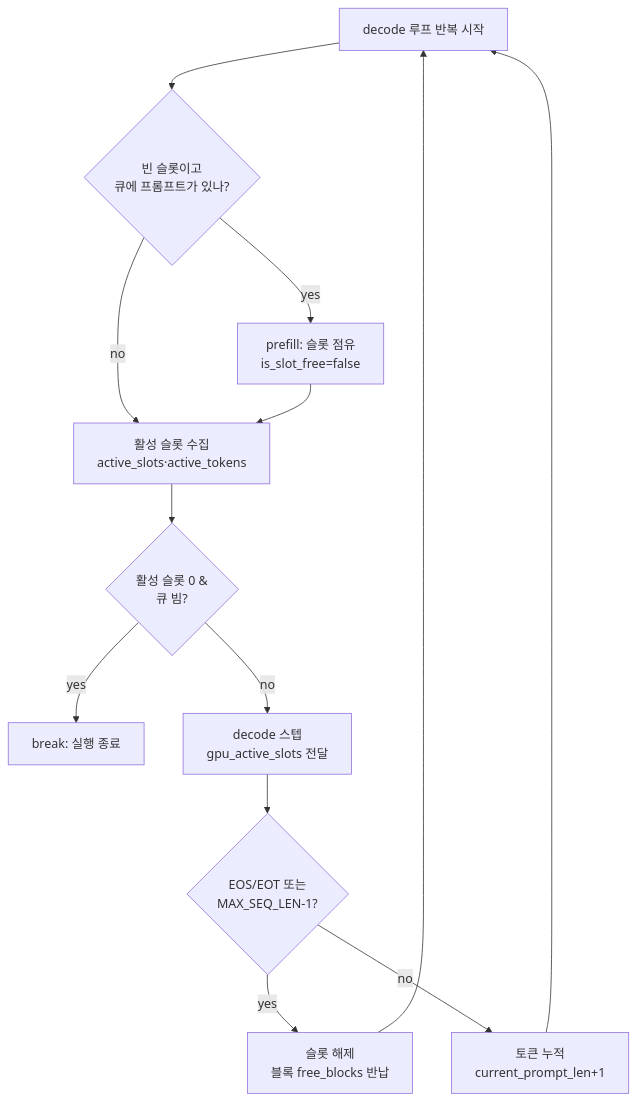
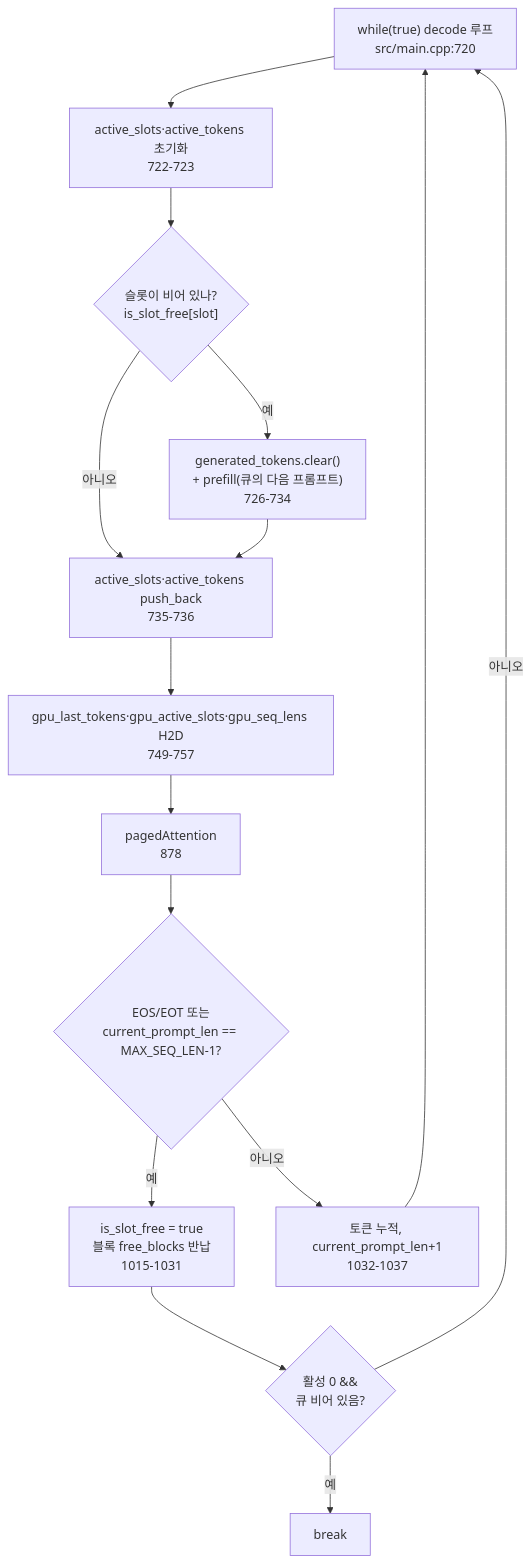
Before and after one commit to ryujaehun/ryujaehun.github.io: the diagram in data/code-series/jmaczan--tiny-vllm/articles/ko-07.md, drawn with Mermaid. The commit also changed other lines of this file and 13 other files, not shown here.

````diff
--- a/data/code-series/jmaczan--tiny-vllm/articles/ko-07.md
+++ b/data/code-series/jmaczan--tiny-vllm/articles/ko-07.md
@@ -213,15 +179,17 @@
 ```mermaid
 flowchart TD
-    A[decode 루프 반복 시작] --> B{빈 슬롯이고<br/>큐에 프롬프트가 있나?}
-    B -- yes --> C[prefill: 슬롯 점유<br/>is_slot_free=false]
-    B -- no --> D
-    C --> D[활성 슬롯 수집<br/>active_slots·active_tokens]
-    D --> E{활성 슬롯 0 &<br/>큐 빔?}
-    E -- yes --> F[break: 실행 종료]
-    E -- no --> G[decode 스텝<br/>gpu_active_slots 전달]
-    G --> H{EOS/EOT 또는<br/>MAX_SEQ_LEN-1?}
-    H -- yes --> I[슬롯 해제<br/>블록 free_blocks 반납]
-    H -- no --> J[토큰 누적<br/>current_prompt_len+1]
-    I --> A
+    A["while(true) decode 루프<br/>src/main.cpp:720"] --> B["active_slots·active_tokens 초기화<br/>722-723"]
+    B --> C{"슬롯이 비어 있나?<br/>is_slot_free[slot]"}
+    C -->|예| D["generated_tokens.clear()<br/>+ prefill(큐의 다음 프롬프트)<br/>726-734"]
+    C -->|아니오| E["active_slots·active_tokens push_back<br/>735-736"]
+    D --> E
+    E --> F["gpu_last_tokens·gpu_active_slots·gpu_seq_lens H2D<br/>749-757"]
+    F --> G["pagedAttention<br/>878"]
+    G --> H{"EOS/EOT 또는<br/>current_prompt_len == MAX_SEQ_LEN-1?"}
+    H -->|예| I["is_slot_free = true<br/>블록 free_blocks 반납<br/>1015-1031"]
+    H -->|아니오| J["토큰 누적, current_prompt_len+1<br/>1032-1037"]
+    I --> K{"활성 0 &&<br/>큐 비어 있음?"}
     J --> A
+    K -->|예| L["break"]
+    K -->|아니오| A
 ```
````
